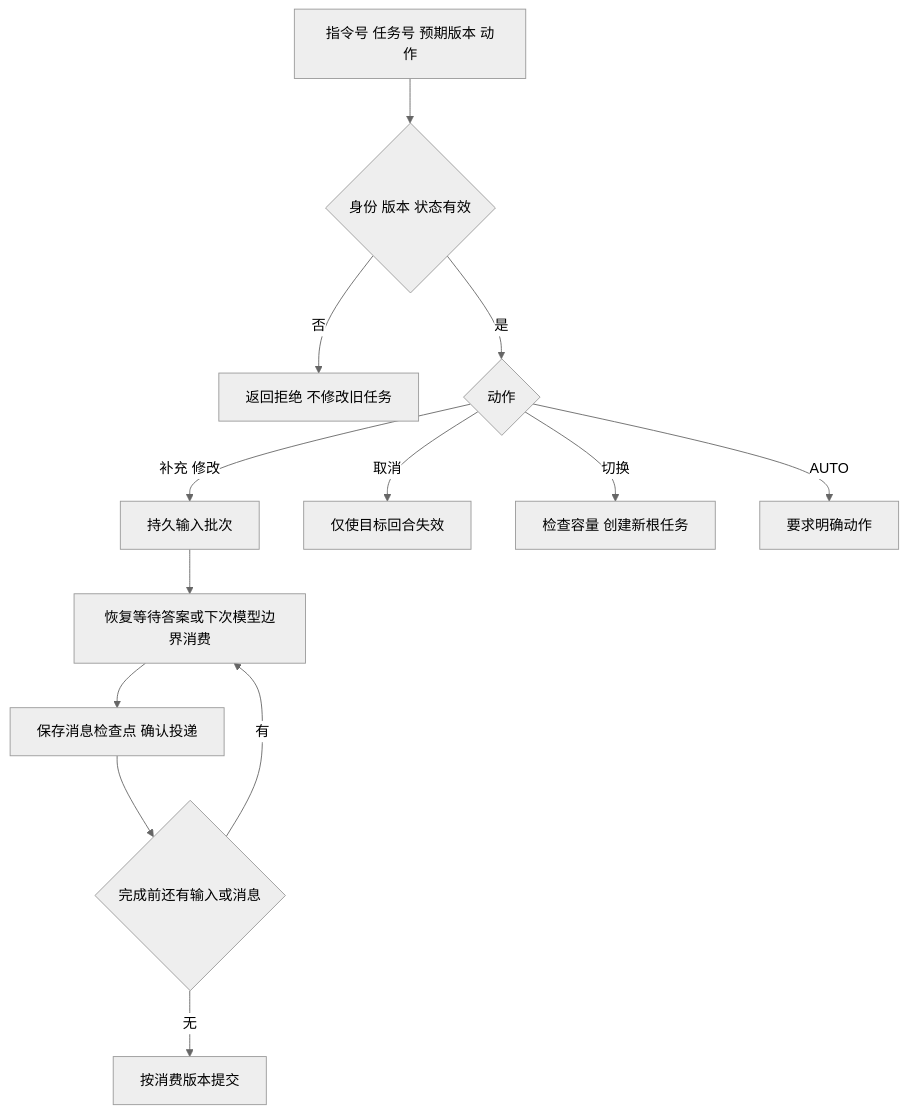
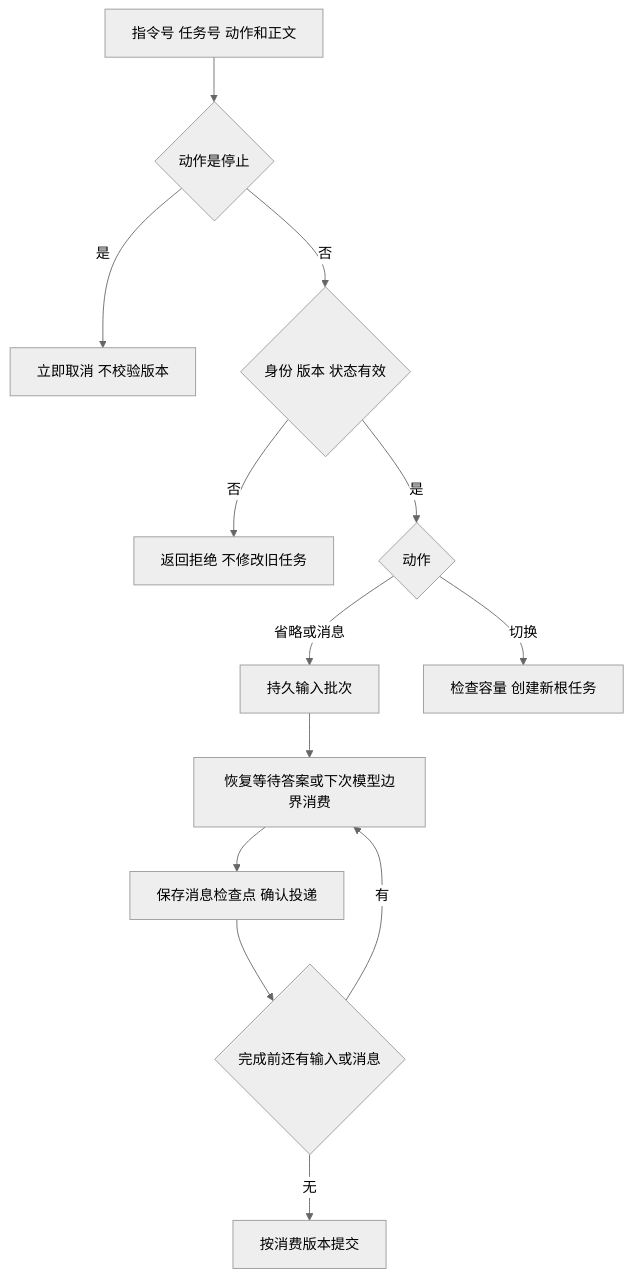
The third of 3 diagrams in docs/Supervisor使用说明.md (hj456992/agentscope-react-demo), drawn with Mermaid (neutral theme) before and after one commit. The commit also changed other lines of this file and 405 other files, not shown here.

````diff
--- a/docs/Supervisor使用说明.md
+++ b/docs/Supervisor使用说明.md
@@ -56,15 +95,15 @@
 ```mermaid
 flowchart TD
-    I[指令号 任务号 预期版本 动作] --> V{身份 版本 状态有效}
+    I[指令号 任务号 动作和正文] --> S{动作是停止}
+    S -->|是| X[立即取消 不校验版本]
+    S -->|否| V{身份 版本 状态有效}
     V -->|否| E[返回拒绝 不修改旧任务]
     V -->|是| D{动作}
-    D -->|补充 修改| Q[持久输入批次]
+    D -->|省略或消息| Q[持久输入批次]
     Q --> B[恢复等待答案或下次模型边界消费]
     B --> C[保存消息检查点 确认投递]
     C --> F{完成前还有输入或消息}
     F -->|有| B
     F -->|无| O[按消费版本提交]
-    D -->|取消| X[仅使目标回合失效]
     D -->|切换| N[检查容量 创建新根任务]
-    D -->|AUTO| A[要求明确动作]
 ```
````
